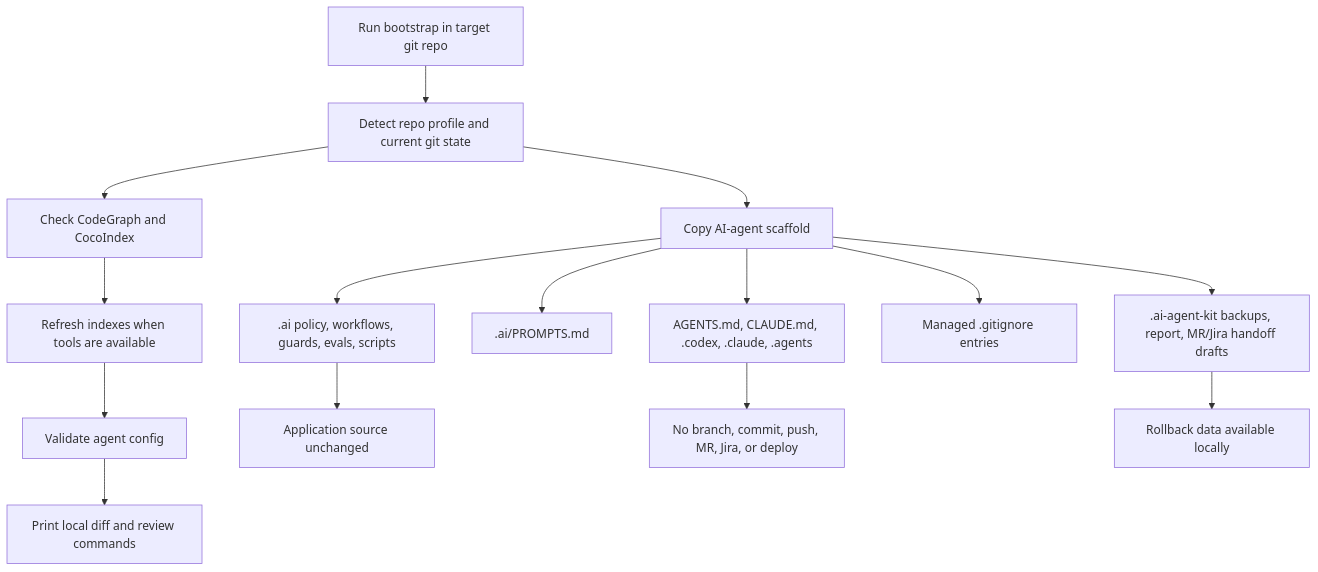
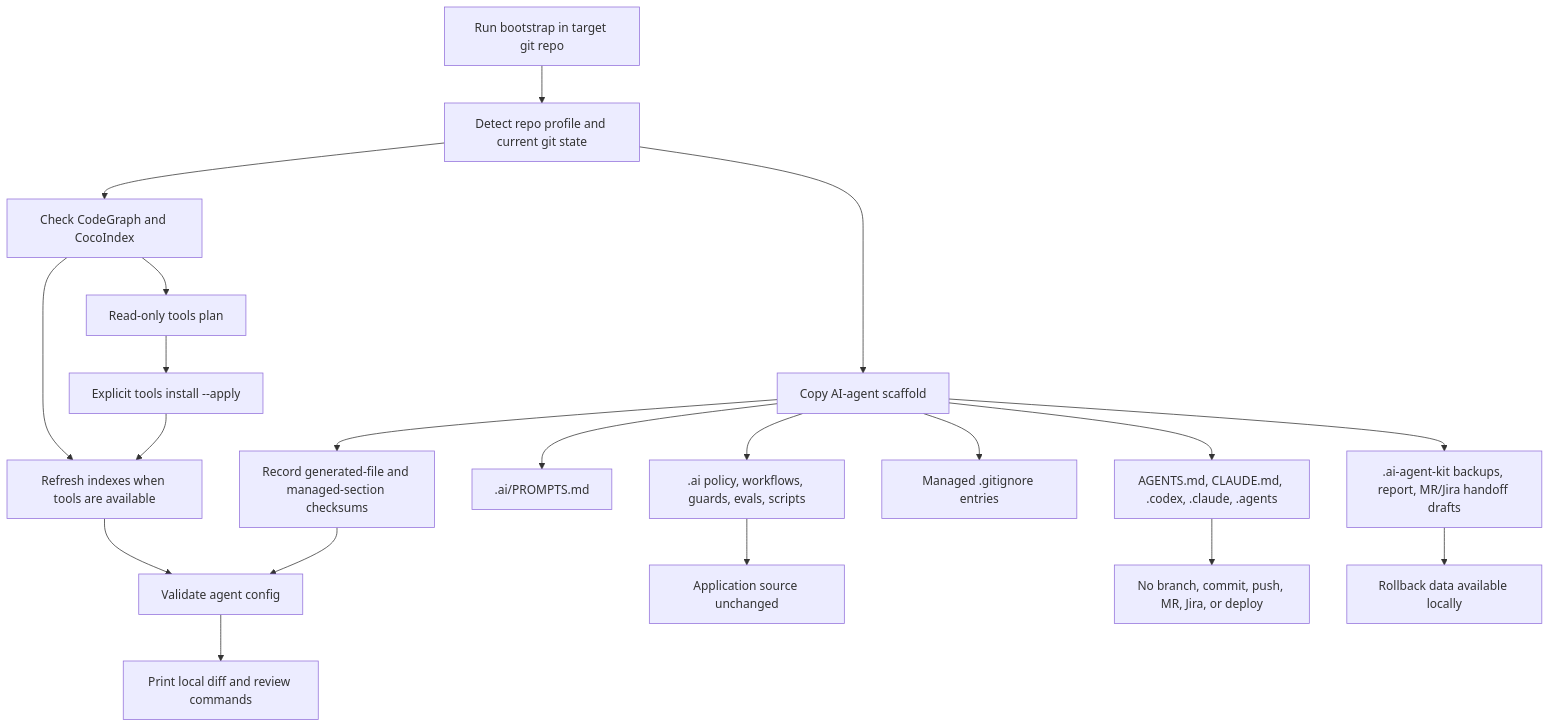
Before and after one commit to phamhungptithcm/ai-agent-kit: the fourth of 6 diagrams in docs/HIGH_LEVEL_DESIGN.md, drawn with Mermaid. The commit also changed other lines of this file and 92 other files, not shown here.

````diff
--- a/docs/HIGH_LEVEL_DESIGN.md
+++ b/docs/HIGH_LEVEL_DESIGN.md
@@ -115,19 +117,24 @@
 ```mermaid
 flowchart TD
   Start[Run bootstrap in target git repo] --> Detect[Detect repo profile and current git state]
   Detect --> Copy[Copy AI-agent scaffold]
   Copy --> Policy[.ai policy, workflows, guards, evals, scripts]
   Copy --> Adapters[AGENTS.md, CLAUDE.md, .codex, .claude, .agents]
   Copy --> Prompts[.ai/PROMPTS.md]
   Copy --> Metadata[.ai-agent-kit backups, report, MR/Jira handoff drafts]
   Copy --> Gitignore[Managed .gitignore entries]
 
   Detect --> Tools[Check CodeGraph and CocoIndex]
+  Tools --> ToolPlan[Read-only tools plan]
+  ToolPlan --> ToolApply[Explicit tools install --apply]
   Tools --> Index[Refresh indexes when tools are available]
+  ToolApply --> Index
   Index --> Validate[Validate agent config]
+  Copy --> Ownership[Record generated-file and managed-section checksums]
+  Ownership --> Validate
   Validate --> Diff[Print local diff and review commands]
 
   Policy --> NoApp[Application source unchanged]
   Adapters --> NoRemote[No branch, commit, push, MR, Jira, or deploy]
   Metadata --> Rollback[Rollback data available locally]
 ```
````
